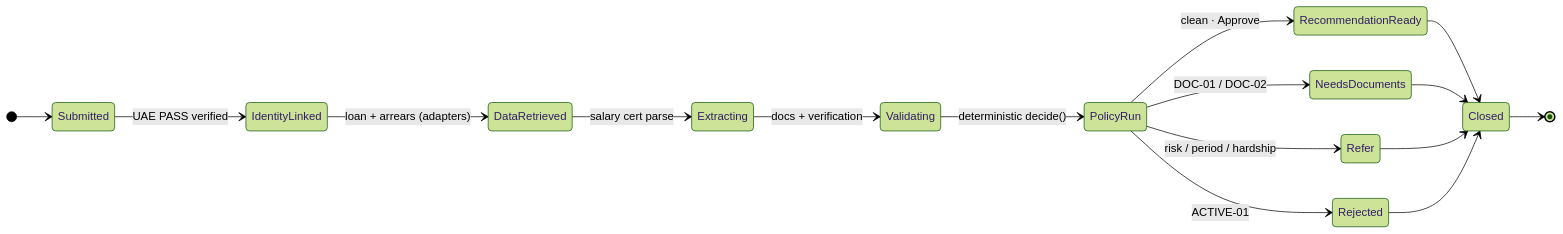
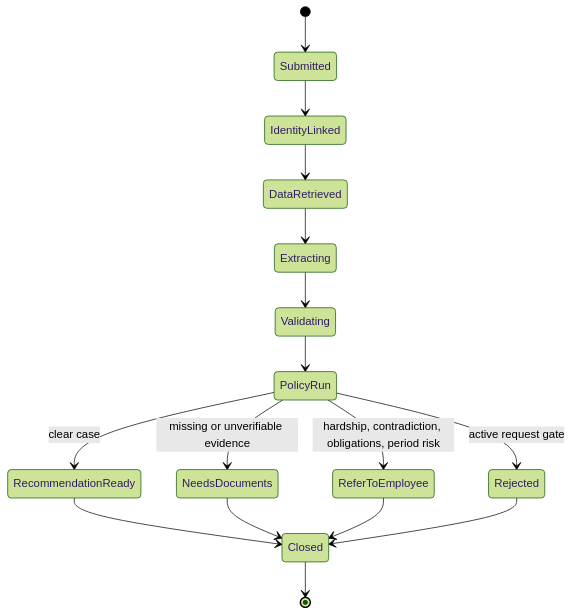
Before and after one commit to Hussain800/Agent-Sanad: the third of 4 diagrams in README.md, drawn with Mermaid (forest theme). The commit also changed other lines of this file, not shown here.

````diff
--- a/README.md
+++ b/README.md
@@ -281,19 +207,18 @@
 ```mermaid
 stateDiagram-v2
-    direction LR
     [*] --> Submitted
-    Submitted --> IdentityLinked: UAE PASS verified
-    IdentityLinked --> DataRetrieved: loan + arrears (adapters)
-    DataRetrieved --> Extracting: salary cert parse
-    Extracting --> Validating: docs + verification
-    Validating --> PolicyRun: deterministic decide()
-    PolicyRun --> RecommendationReady: clean · Approve
-    PolicyRun --> NeedsDocuments: DOC-01 / DOC-02
-    PolicyRun --> Refer: risk / period / hardship
-    PolicyRun --> Rejected: ACTIVE-01
+    Submitted --> IdentityLinked
+    IdentityLinked --> DataRetrieved
+    DataRetrieved --> Extracting
+    Extracting --> Validating
+    Validating --> PolicyRun
+    PolicyRun --> RecommendationReady: clear case
+    PolicyRun --> NeedsDocuments: missing or unverifiable evidence
+    PolicyRun --> ReferToEmployee: hardship, contradiction, obligations, period risk
+    PolicyRun --> Rejected: active request gate
     RecommendationReady --> Closed
     NeedsDocuments --> Closed
-    Refer --> Closed
+    ReferToEmployee --> Closed
     Rejected --> Closed
     Closed --> [*]
 ```
````
